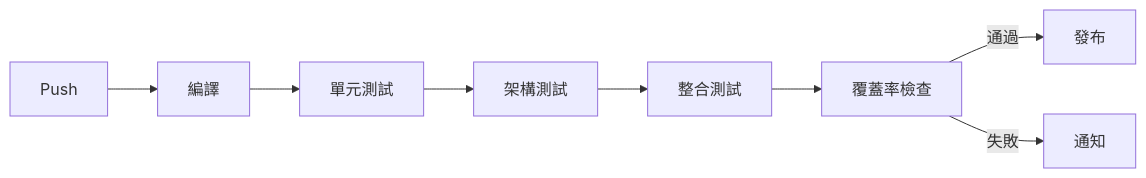
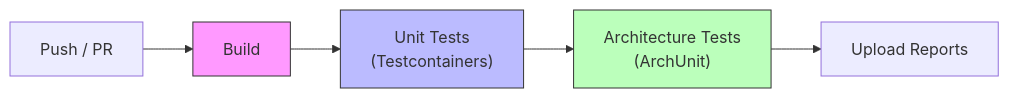
The fifth of 5 diagrams in README.md (ChunPingWang/graphql-tutorial), drawn with Mermaid before and after one commit. The commit also changed other lines of this file, not shown here.

````diff
--- a/README.md
+++ b/README.md
@@ -315,10 +446,11 @@
 ```mermaid
 flowchart LR
-    A[Push] --> B[編譯]
-    B --> C[單元測試]
-    C --> D[架構測試]
-    D --> E[整合測試]
-    E --> F[覆蓋率檢查]
-    F -->|通過| G[發布]
-    F -->|失敗| H[通知]
+    A[Push / PR] --> B[Build]
+    B --> C["Unit Tests<br/>(Testcontainers)"]
+    C --> D["Architecture Tests<br/>(ArchUnit)"]
+    D --> E["Upload Reports"]
+
+    style B fill:#f9f,stroke:#333
+    style C fill:#bbf,stroke:#333
+    style D fill:#bfb,stroke:#333
 ```
````
